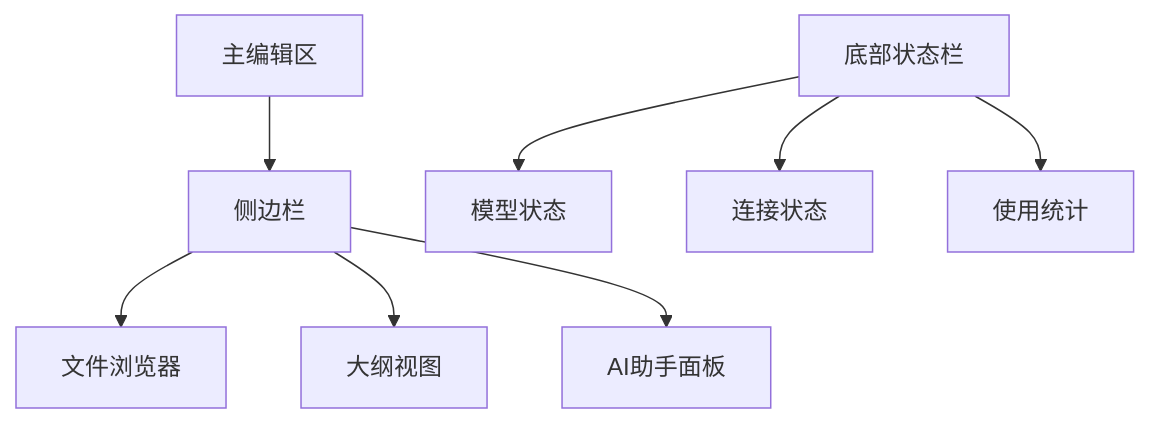
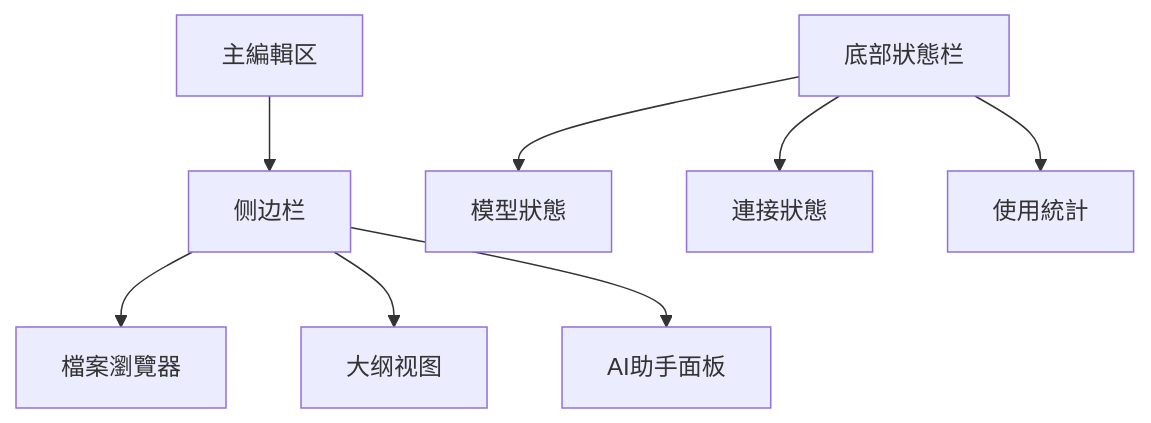
One commit to kmjade/knowledge-value changed the diagram in 3 Resources/03-Productivity/工作技巧/Obsidian-OpenCode-Ollama-GPT集成指南/02-Obsidian配置/基础配置.md. Above: the diagram before and after it, drawn with Mermaid. The commit also changed other lines of this file and 653 other files, not shown here.

````diff
--- a/3 Resources/03-Productivity/工作技巧/Obsidian-OpenCode-Ollama-GPT集成指南/02-Obsidian配置/基础配置.md
+++ b/3 Resources/03-Productivity/工作技巧/Obsidian-OpenCode-Ollama-GPT集成指南/02-Obsidian配置/基础配置.md
@@ -117,11 +117,11 @@
 ```mermaid
 graph TB
-    A[主编辑区] --> B[侧边栏]
-    B --> C[文件浏览器]
+    A[主編輯区] --> B[侧边栏]
+    B --> C[檔案瀏覽器]
     B --> D[大纲视图]
     B --> E[AI助手面板]
     
-    F[底部状态栏] --> G[模型状态]
-    F --> H[连接状态]
-    F --> I[使用统计]
+    F[底部狀態栏] --> G[模型狀態]
+    F --> H[連接狀態]
+    F --> I[使用統計]
 ```
````
